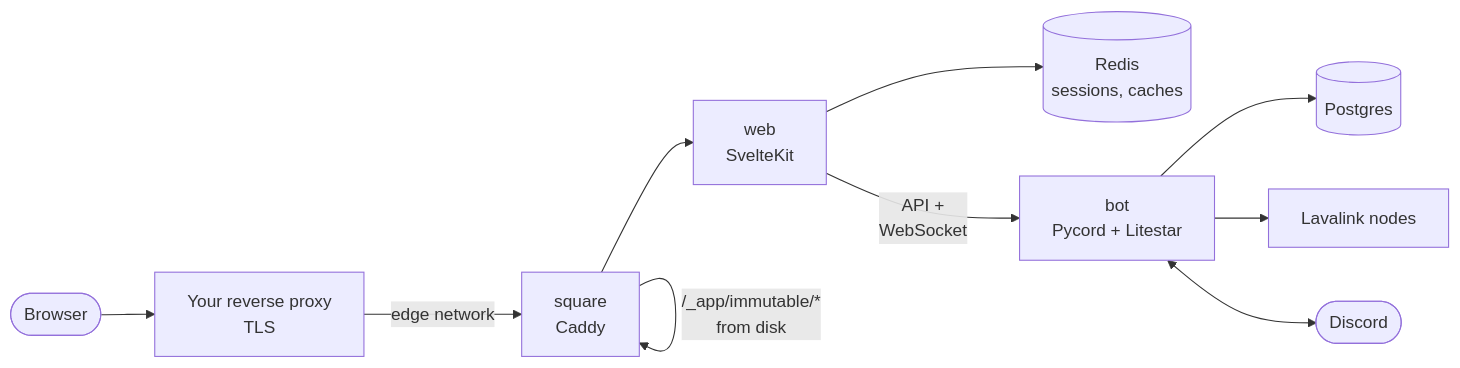
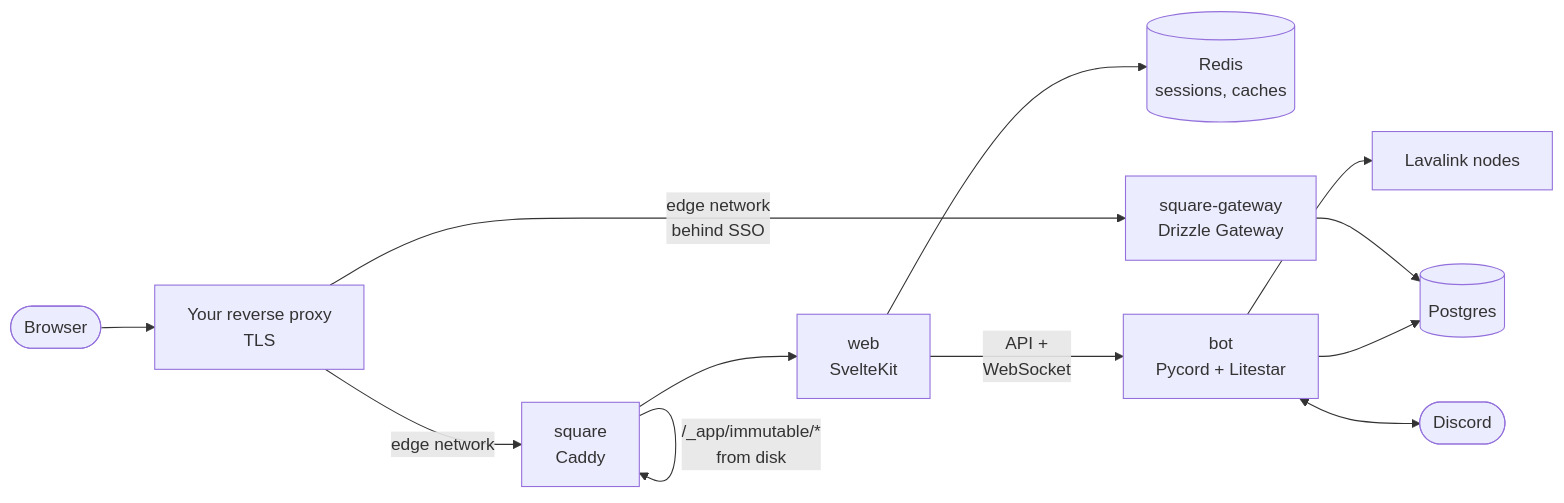
The first of 3 diagrams in README.md (swayam25/Square-Bot), drawn with Mermaid before and after one commit. The commit also changed other lines of this file and 10 other files, not shown here.

First line of the commit message:
Add `just init` setup and Drizzle Gateway

````diff
--- a/README.md
+++ b/README.md
@@ -65,12 +67,14 @@
 ```mermaid
 flowchart LR
     user([Browser]) --> proxy[Your reverse proxy<br/>TLS]
     proxy -- edge network --> caddy[square<br/>Caddy]
     caddy -- "/_app/immutable/*<br/>from disk" --> caddy
     caddy --> web[web<br/>SvelteKit]
     web --> redis[(Redis<br/>sessions, caches)]
     web -- "API +<br/>WebSocket" --> bot[bot<br/>Pycord + Litestar]
     bot --> db[(Postgres)]
+    proxy -- "edge network<br/>behind SSO" --> gateway[square-gateway<br/>Drizzle Gateway]
+    gateway --> db
     bot --> lavalink[Lavalink nodes]
     bot <--> discord([Discord])
 ```
````
